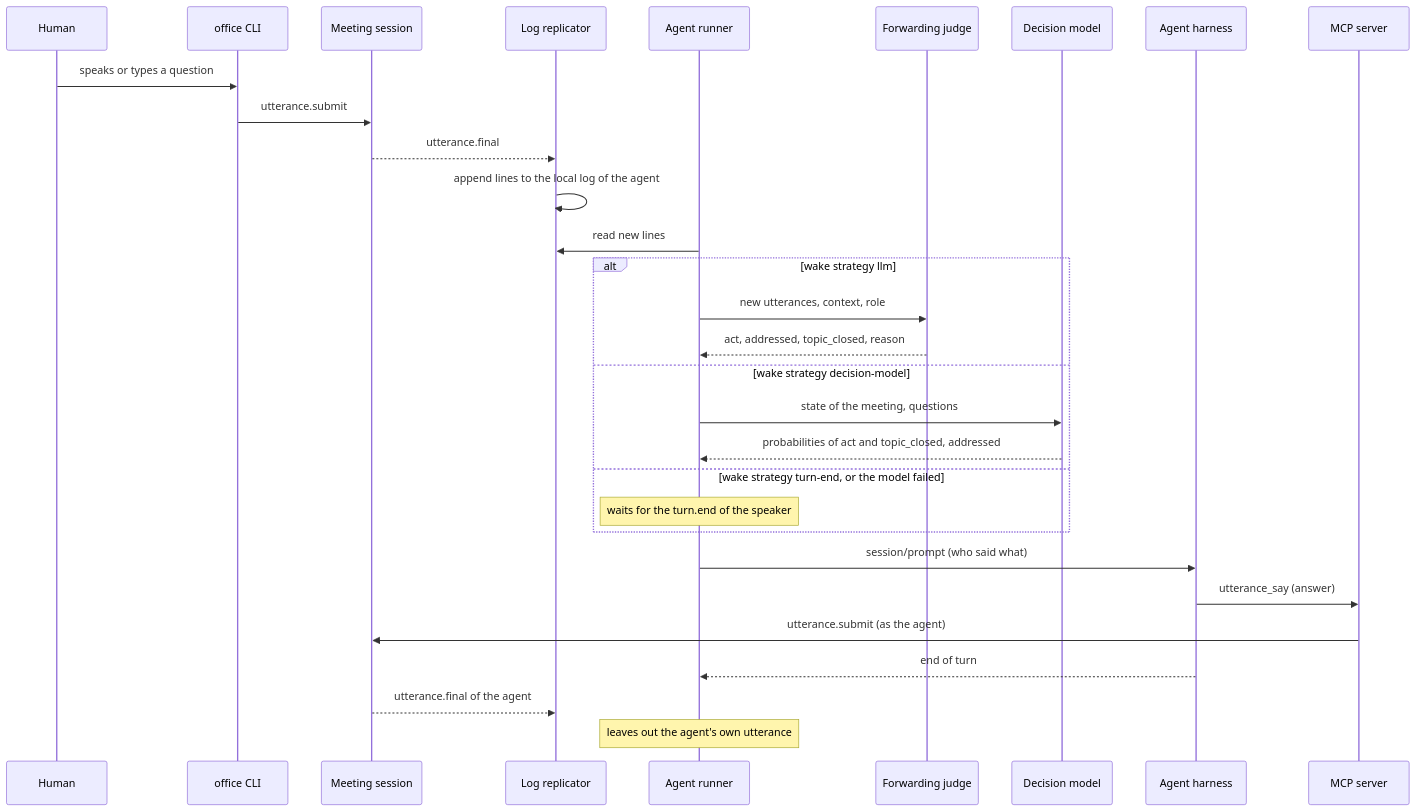
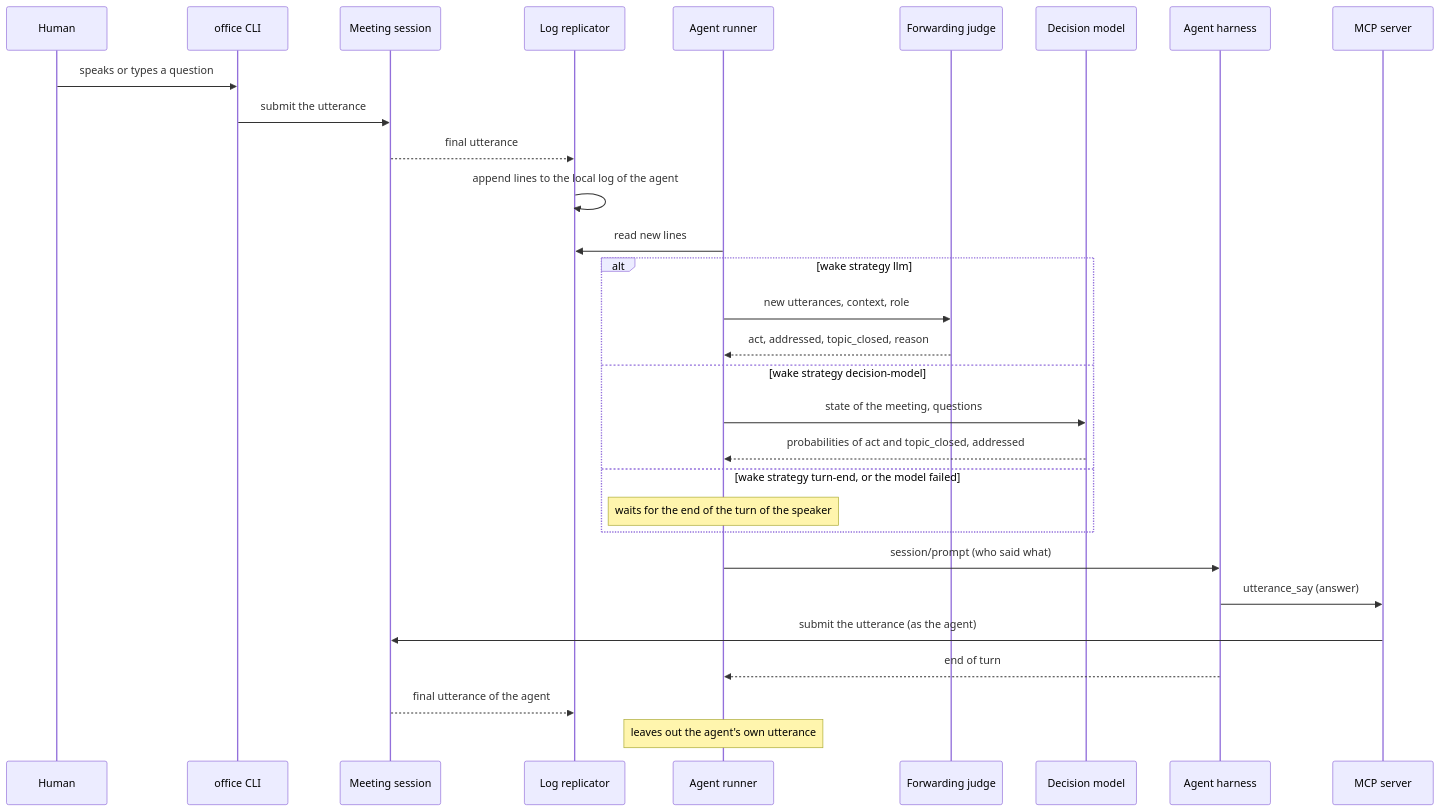
Diagram 24 of 24 in docs/architecture/06-runtime-view.arc42.md (mrsimpson/agentic-office), drawn with Mermaid before and after one commit. The commit also changed other lines of this file and 9 other files, not shown here.

First line of the commit message:
docs(architecture): state each fact once, in its owner element (#285)

````diff
--- a/docs/architecture/06-runtime-view.arc42.md
+++ b/docs/architecture/06-runtime-view.arc42.md
@@ -1016,32 +1160,32 @@
 ```mermaid
 sequenceDiagram
     participant actor_human as Human
     participant bb_cli as office CLI
     participant bb_session as Meeting session
     participant bb_replicator as Log replicator
     participant bb_agent_runner as Agent runner
     participant actor_forwarding_judge as Forwarding judge
     participant actor_decision_model as Decision model
     participant actor_agent as Agent harness
     participant bb_mcp as MCP server
     actor_human->>bb_cli: speaks or types a question
-    bb_cli->>bb_session: utterance.submit
-    bb_session-->>bb_replicator: utterance.final
+    bb_cli->>bb_session: submit the utterance
+    bb_session-->>bb_replicator: final utterance
     bb_replicator->>bb_replicator: append lines to the local log of the agent
     bb_agent_runner->>bb_replicator: read new lines
     alt wake strategy llm
         bb_agent_runner->>actor_forwarding_judge: new utterances, context, role
         actor_forwarding_judge-->>bb_agent_runner: act, addressed, topic_closed, reason
     else wake strategy decision-model
         bb_agent_runner->>actor_decision_model: state of the meeting, questions
         actor_decision_model-->>bb_agent_runner: probabilities of act and topic_closed, addressed
     else wake strategy turn-end, or the model failed
-        Note over bb_agent_runner: waits for the turn.end of the speaker
+        Note over bb_agent_runner: waits for the end of the turn of the speaker
     end
     bb_agent_runner->>actor_agent: session/prompt (who said what)
     actor_agent->>bb_mcp: utterance_say (answer)
-    bb_mcp->>bb_session: utterance.submit (as the agent)
+    bb_mcp->>bb_session: submit the utterance (as the agent)
     actor_agent-->>bb_agent_runner: end of turn
-    bb_session-->>bb_replicator: utterance.final of the agent
+    bb_session-->>bb_replicator: final utterance of the agent
     Note over bb_agent_runner: leaves out the agent's own utterance
 ```
````
